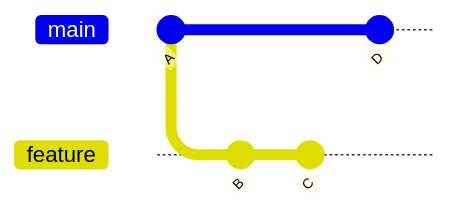
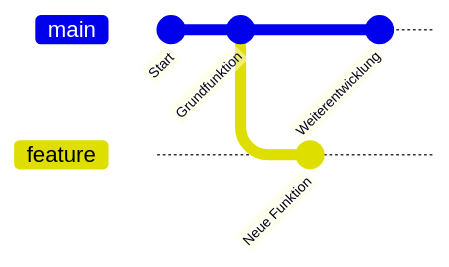
The fourth of 5 diagrams in README.md (Post155/Git-Schulung), drawn with Mermaid before and after one commit. The commit also changed other lines of this file, not shown here.

````diff
--- a/README.md
+++ b/README.md
@@ -320,12 +123,10 @@
 ```mermaid
 gitGraph
-    commit id: "A"
-
+    commit id: "Start"
+    commit id: "Grundfunktion"
     branch feature
     checkout feature
-    commit id: "B"
-    commit id: "C"
-
+    commit id: "Neue Funktion"
     checkout main
-    commit id: "D"
+    commit id: "Weiterentwicklung"
 ```
````
